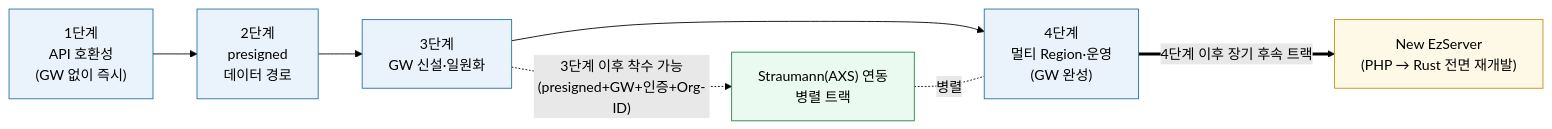
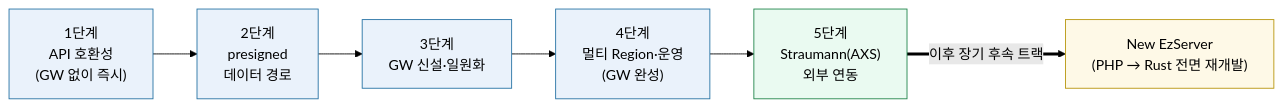
One commit to gracegyu/scp-architecture changed the first of 12 diagrams in docs/CleverAPI호환성체크/VatechAPIGateway_통합_Roadmap_보고서.md. Above: the diagram before and after it, drawn with Mermaid (forest theme). The commit also changed other lines of this file and 21 other files, not shown here.

Commit message:
문서 업데이트: VatechAPIGateway 통합 로드맵 보고서에서 Straumann(AXS) 연동의 진행 단계를 공식 5단계로 수정하고, 각 단계의 세부 사항을 명확히 하여 문서의 이해도를 높였습니다. 또한, 관련된 PDF 문서들을 삭제하고, README.md 파일에서 링크를 수정하여 최신 정보를 반영하였습니다.

````diff
--- a/docs/CleverAPI호환성체크/VatechAPIGateway_통합_Roadmap_보고서.md
+++ b/docs/CleverAPI호환성체크/VatechAPIGateway_통합_Roadmap_보고서.md
@@ -39,21 +41,19 @@
 ```mermaid
 flowchart LR
     S1["1단계<br/>API 호환성<br/>(GW 없이 즉시)"]
     S2["2단계<br/>presigned<br/>데이터 경로"]
     S3["3단계<br/>GW 신설·일원화"]
     S4["4단계<br/>멀티 Region·운영<br/>(GW 완성)"]
-    STRA["Straumann(AXS) 연동<br/>병렬 트랙"]
+    S5["5단계<br/>Straumann(AXS)<br/>외부 연동"]
     RUST["New EzServer<br/>(PHP → Rust 전면 재개발)"]
 
-    S1 --> S2 --> S3 --> S4
-    S3 -.->|"3단계 이후 착수 가능<br/>(presigned+GW+인증+Org-ID)"| STRA
-    STRA -. 병렬 .- S4
-    S4 ==>|"4단계 이후 장기 후속 트랙"| RUST
+    S1 --> S2 --> S3 --> S4 --> S5
+    S5 ==>|"이후 장기 후속 트랙"| RUST
 
     classDef stage fill:#eaf2fb,stroke:#2471a3,color:#000;
-    classDef branch fill:#eafaf1,stroke:#1e8449,color:#000;
+    classDef ext fill:#eafaf1,stroke:#1e8449,color:#000;
     classDef follow fill:#fef9e7,stroke:#b7950b,color:#000;
     class S1,S2,S3,S4 stage;
-    class STRA branch;
+    class S5 ext;
     class RUST follow;
 ```
````
